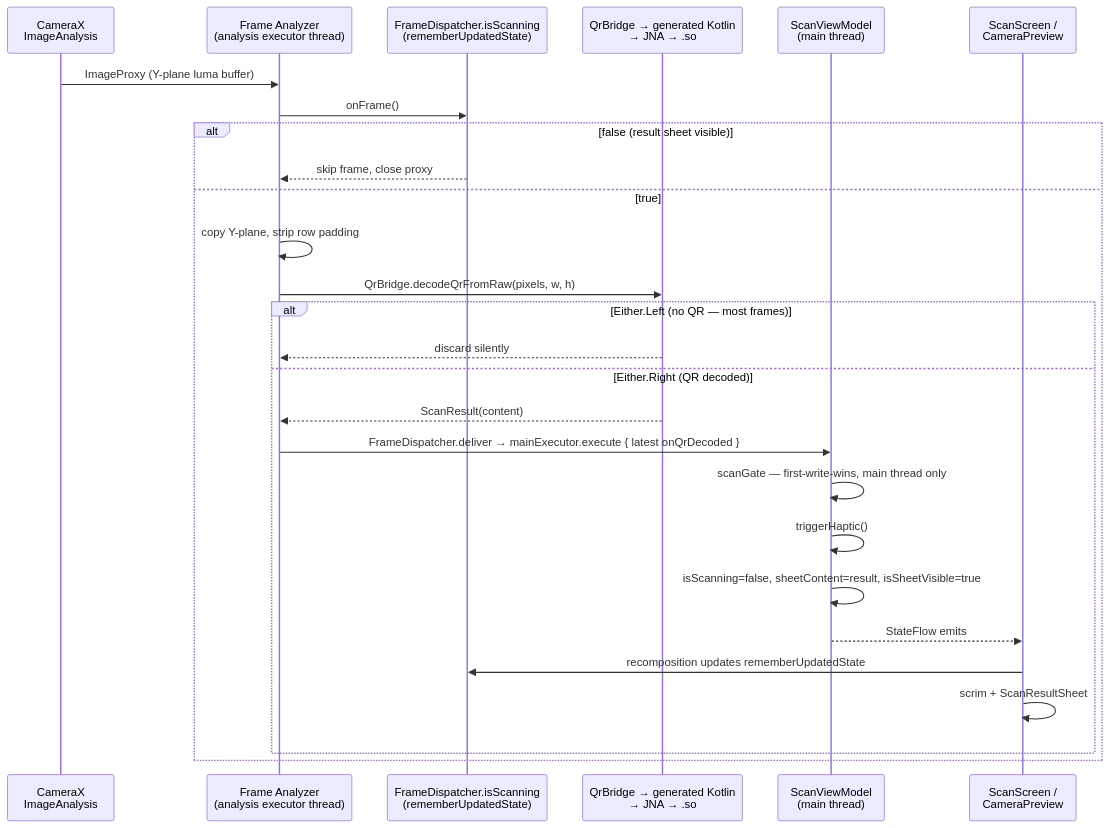
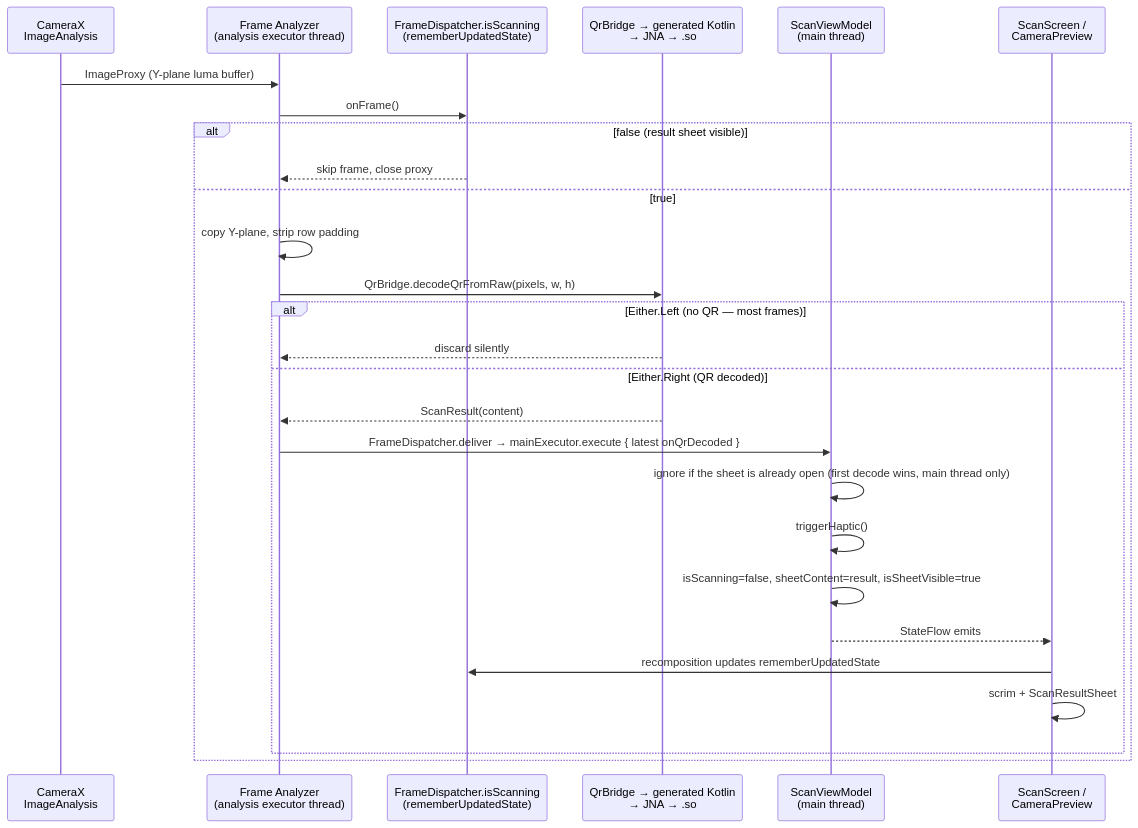
One commit to prasannajeet/RustyQR changed the first of 3 diagrams in composeApp/src/androidMain/README.md. Above: the diagram before and after it, drawn with Mermaid. The commit also changed other lines of this file and 188 other files, not shown here.

````diff
--- a/composeApp/src/androidMain/README.md
+++ b/composeApp/src/androidMain/README.md
@@ -144,30 +147,30 @@
 ```mermaid
 sequenceDiagram
     participant CAM as CameraX<br/>ImageAnalysis
     participant ANA as Frame Analyzer<br/>(analysis executor thread)
     participant FLAG as FrameDispatcher.isScanning<br/>(rememberUpdatedState)
     participant JNI as QrBridge → generated Kotlin<br/>→ JNA → .so
     participant VM as ScanViewModel<br/>(main thread)
     participant UI as ScanScreen /<br/>CameraPreview
 
     CAM->>ANA: ImageProxy (Y-plane luma buffer)
     ANA->>FLAG: onFrame()
     alt false (result sheet visible)
         FLAG-->>ANA: skip frame, close proxy
     else true
         ANA->>ANA: copy Y-plane, strip row padding
         ANA->>JNI: QrBridge.decodeQrFromRaw(pixels, w, h)
         alt Either.Left (no QR — most frames)
             JNI-->>ANA: discard silently
         else Either.Right (QR decoded)
             JNI-->>ANA: ScanResult(content)
             ANA->>VM: FrameDispatcher.deliver → mainExecutor.execute { latest onQrDecoded }
-            VM->>VM: scanGate — first-write-wins, main thread only
+            VM->>VM: ignore if the sheet is already open (first decode wins, main thread only)
             VM->>VM: triggerHaptic()
             VM->>VM: isScanning=false, sheetContent=result, isSheetVisible=true
             VM-->>UI: StateFlow emits
             UI->>FLAG: recomposition updates rememberUpdatedState
             UI->>UI: scrim + ScanResultSheet
         end
     end
 ```
````
